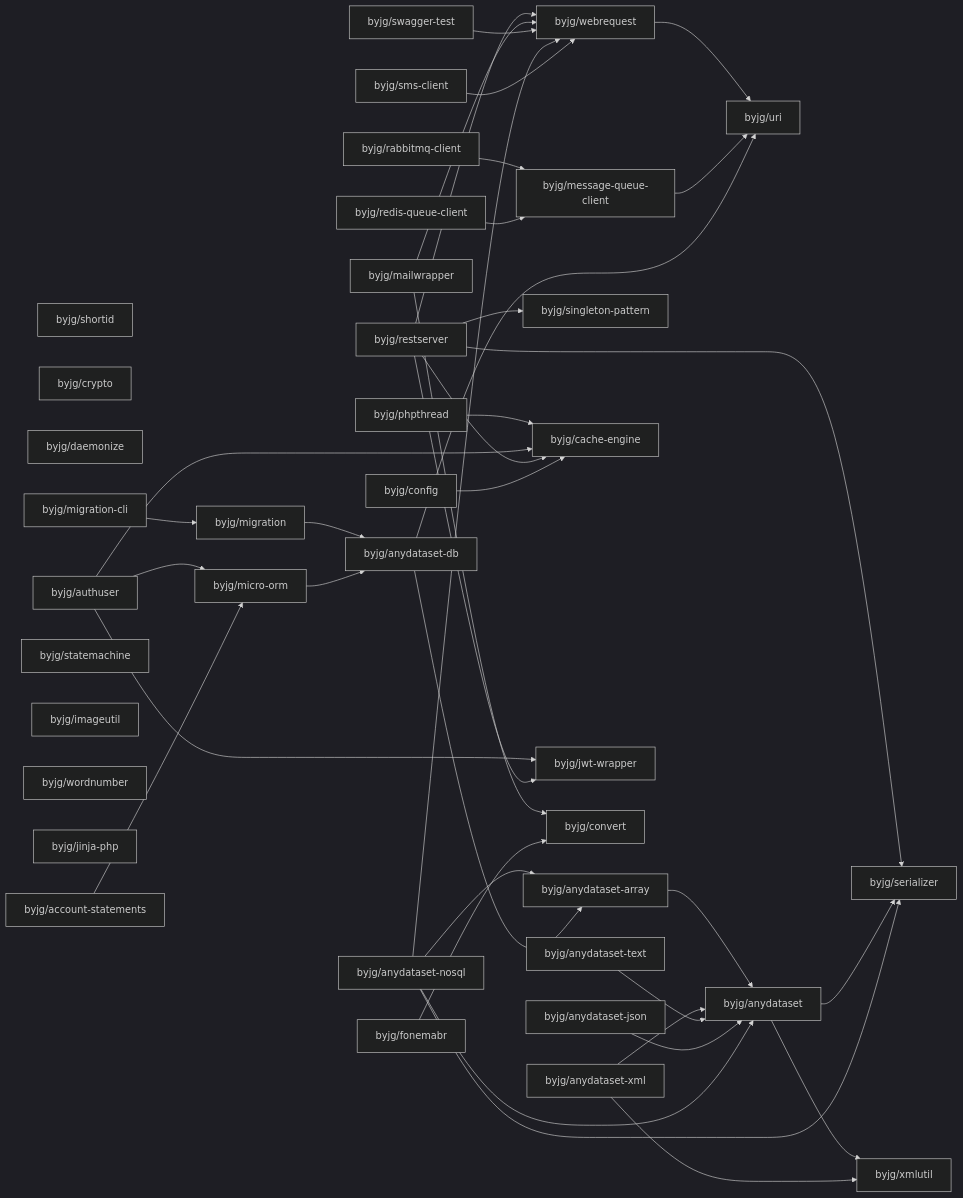
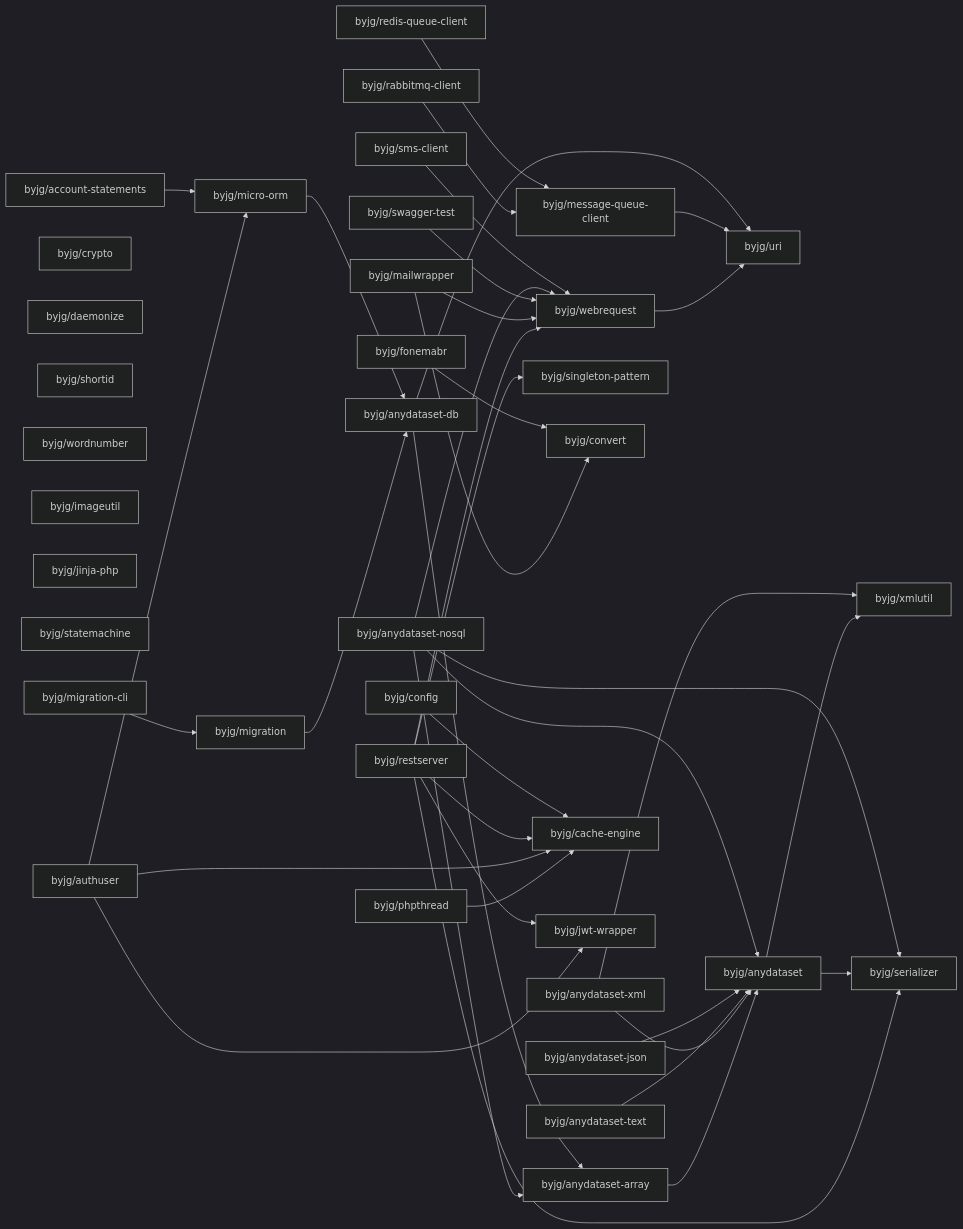
The diagram in docs/php/README.md (byjg/byjg.github.io), drawn with Mermaid (dark theme) before and after one commit. The commit also changed other lines of this file and 1 other file, not shown here.

Commit message:
Update documentation 'php' 'php-cache-engine'

````diff
--- a/docs/php/README.md
+++ b/docs/php/README.md
@@ -3,76 +3,76 @@
 ```mermaid
 graph LR;
+  byjg/account-statements;
   byjg/redis-queue-client;
+  byjg/anydataset-nosql;
   byjg/anydataset-xml;
+  byjg/config;
+  byjg/phpthread;
+  byjg/crypto;
+  byjg/swagger-test;
+  byjg/daemonize;
+  byjg/restserver;
+  byjg/shortid;
   byjg/fonemabr;
-  byjg/config;
-  byjg/restserver;
-  byjg/anydataset-nosql;
-  byjg/phpthread;
+  byjg/wordnumber;
+  byjg/anydataset-json;
+  byjg/mailwrapper;
+  byjg/imageutil;
+  byjg/sms-client;
+  byjg/rabbitmq-client;
+  byjg/jinja-php;
   byjg/anydataset-text;
-  byjg/swagger-test;
-  byjg/shortid;
-  byjg/crypto;
-  byjg/daemonize;
-  byjg/anydataset-json;
-  byjg/rabbitmq-client;
-  byjg/account-statements;
+  byjg/statemachine;
+  byjg/authuser;
   byjg/migration-cli;
-  byjg/sms-client;
-  byjg/statemachine;
-  byjg/imageutil;
-  byjg/wordnumber;
-  byjg/jinja-php;
-  byjg/authuser;
-  byjg/mailwrapper;
   byjg/singleton-pattern;
+  byjg/convert;
+  byjg/webrequest;
   byjg/message-queue-client;
-  byjg/migration;
   byjg/micro-orm;
   byjg/cache-engine;
   byjg/jwt-wrapper;
-  byjg/convert;
-  byjg/webrequest;
+  byjg/migration;
   byjg/anydataset-db;
   byjg/anydataset-array;
   byjg/uri;
   byjg/anydataset;
   byjg/serializer;
   byjg/xmlutil;
   byjg/phpthread --> byjg/cache-engine;
   byjg/authuser --> byjg/micro-orm;
   byjg/authuser --> byjg/cache-engine;
   byjg/authuser --> byjg/jwt-wrapper;
   byjg/anydataset-array --> byjg/anydataset;
   byjg/restserver --> byjg/serializer;
   byjg/restserver --> byjg/singleton-pattern;
   byjg/restserver --> byjg/cache-engine;
   byjg/restserver --> byjg/webrequest;
   byjg/restserver --> byjg/jwt-wrapper;
   byjg/mailwrapper --> byjg/convert;
   byjg/mailwrapper --> byjg/webrequest;
   byjg/swagger-test --> byjg/webrequest;
   byjg/migration --> byjg/anydataset-db;
   byjg/account-statements --> byjg/micro-orm;
   byjg/anydataset --> byjg/serializer;
   byjg/anydataset --> byjg/xmlutil;
   byjg/fonemabr --> byjg/convert;
   byjg/anydataset-xml --> byjg/anydataset;
   byjg/anydataset-xml --> byjg/xmlutil;
   byjg/webrequest --> byjg/uri;
   byjg/config --> byjg/cache-engine;
   byjg/migration-cli --> byjg/migration;
   byjg/anydataset-text --> byjg/anydataset;
   byjg/micro-orm --> byjg/anydataset-db;
   byjg/message-queue-client --> byjg/uri;
   byjg/anydataset-json --> byjg/anydataset;
   byjg/anydataset-nosql --> byjg/anydataset;
   byjg/anydataset-nosql --> byjg/anydataset-array;
   byjg/anydataset-nosql --> byjg/serializer;
   byjg/anydataset-nosql --> byjg/webrequest;
   byjg/anydataset-db --> byjg/anydataset-array;
   byjg/anydataset-db --> byjg/uri;
   byjg/rabbitmq-client --> byjg/message-queue-client;
   byjg/redis-queue-client --> byjg/message-queue-client;
   byjg/sms-client --> byjg/webrequest;
 ```
````
